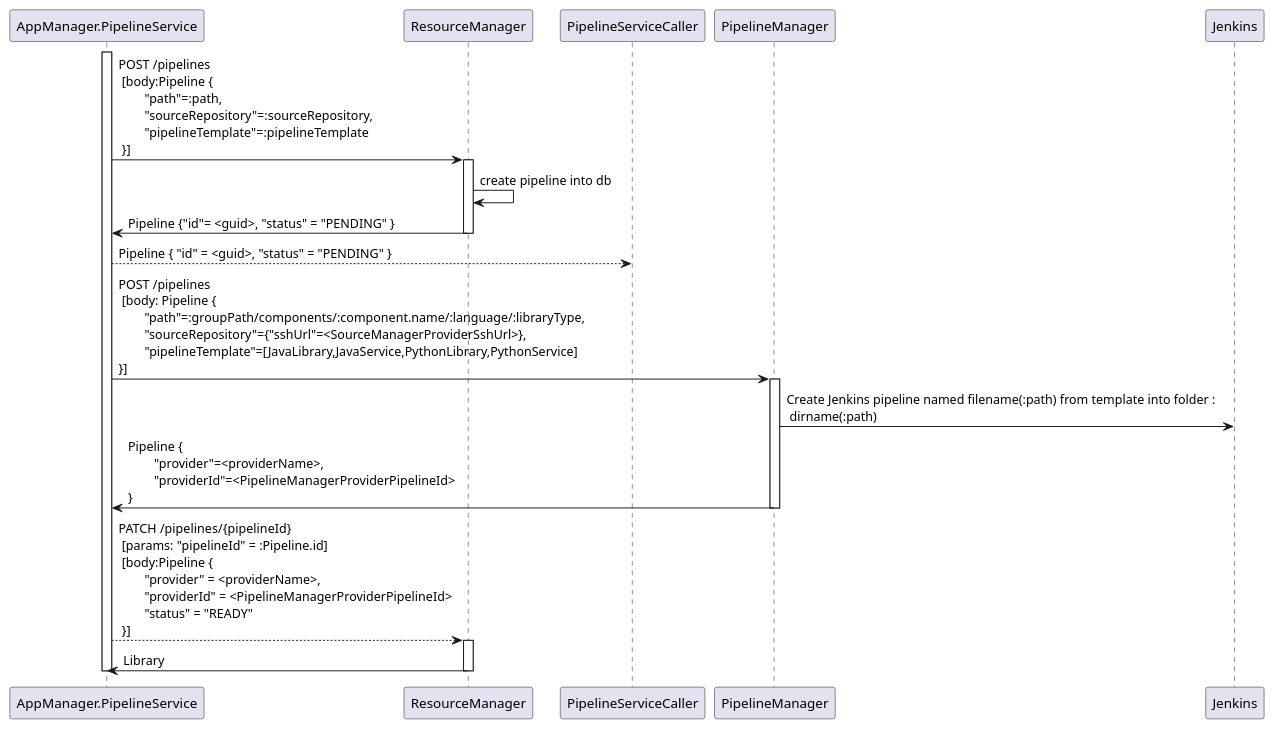
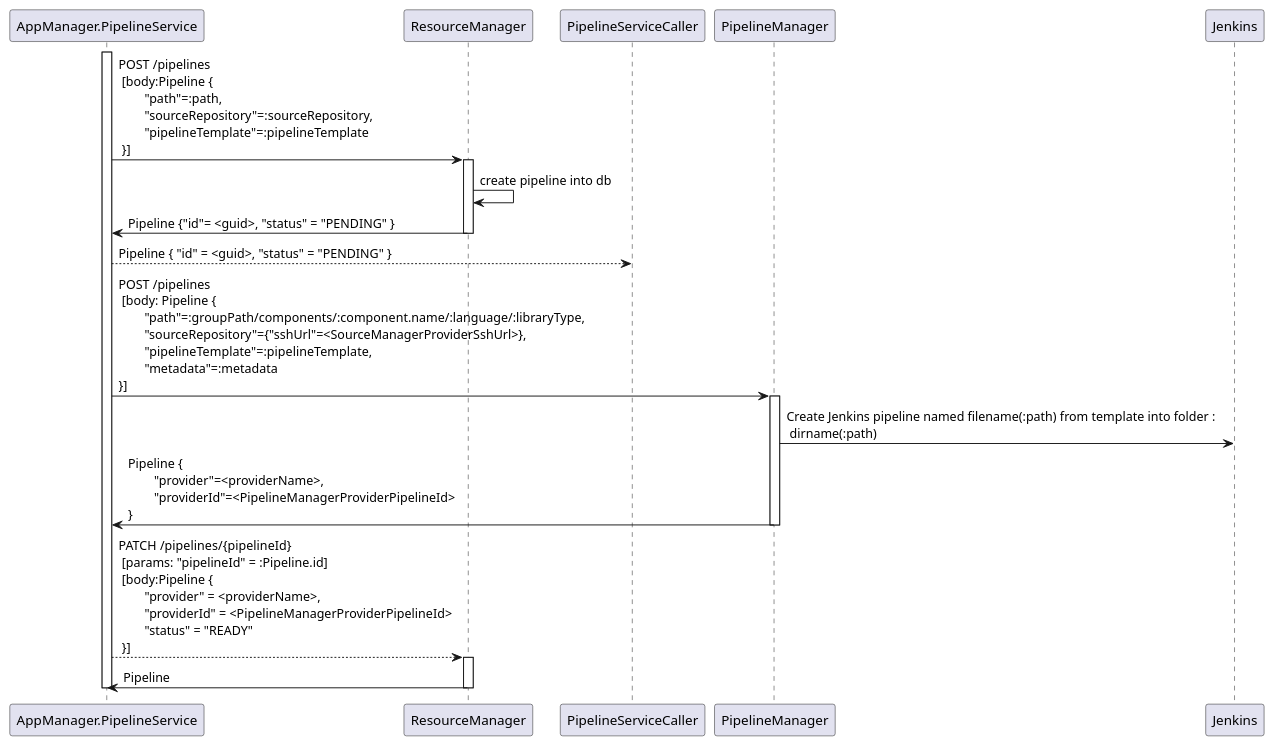
Before and after one commit to kathra-project/specifications: the diagram in Use cases/Pipeline/create-sequence-from-pathSourceRepositoryPipelineTemplate.puml, drawn with PlantUML. The commit also changed 47 other files, not shown here.

```diff
--- a/Use cases/Pipeline/create-sequence-from-pathSourceRepositoryPipelineTemplate.puml
+++ b/Use cases/Pipeline/create-sequence-from-pathSourceRepositoryPipelineTemplate.puml
@@ -1,32 +1,32 @@
 @startuml
 
 activate AppManager.PipelineService
 
       AppManager.PipelineService -> ResourceManager: POST /pipelines \n [body:Pipeline { \n\
 \t"path"=:path, \n\t"sourceRepository"=:sourceRepository, \n\t"pipelineTemplate"=:pipelineTemplate \n }]
       activate ResourceManager
       ResourceManager -> ResourceManager: create pipeline into db
       ResourceManager -> AppManager.PipelineService: Pipeline {"id"= <guid>, "status" = "PENDING" }
       deactivate ResourceManager
 
       AppManager.PipelineService --> "PipelineServiceCaller" : Pipeline { "id" = <guid>, "status" = "PENDING" }
 
       AppManager.PipelineService -> PipelineManager: POST /pipelines \n [body: Pipeline { \n\
-\t"path"=:groupPath/components/:component.name/:language/:libraryType, \n\t"sourceRepository"={"sshUrl"=<SourceManagerProviderSshUrl>},\n\t"pipelineTemplate"=[JavaLibrary,JavaService,PythonLibrary,PythonService]\n}]
+\t"path"=:groupPath/components/:component.name/:language/:libraryType, \n\t"sourceRepository"={"sshUrl"=<SourceManagerProviderSshUrl>},\n\t"pipelineTemplate"=:pipelineTemplate,\n\t"metadata"=:metadata\n}]
       activate PipelineManager
             PipelineManager -> Jenkins: Create Jenkins pipeline named filename(:path) from template into folder : \n dirname(:path)
           PipelineManager -> AppManager.PipelineService: Pipeline { \n\
 \t"provider"=<providerName>, \n\t"providerId"=<PipelineManagerProviderPipelineId>\n}
       deactivate PipelineManager
 
 
 
       AppManager.PipelineService --> ResourceManager: PATCH /pipelines/{pipelineId} \n [params: "pipelineId" = :Pipeline.id] \n [body:Pipeline { \n\
 \t"provider" = <providerName>,\n\t"providerId" = <PipelineManagerProviderPipelineId>\n\t"status" = "READY" \n }]
 
       activate ResourceManager
-      ResourceManager -> AppManager.PipelineService: Library
+      ResourceManager -> AppManager.PipelineService: Pipeline
       deactivate ResourceManager
 deactivate AppManager.PipelineService
 
 @enduml
```
